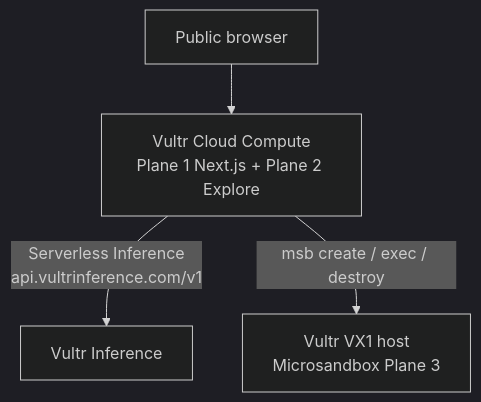
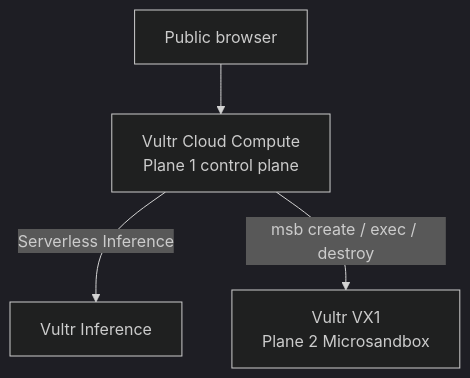
One commit to ludvigodin/killhub changed the fourth of 4 diagrams in ARCHITECTURE.md. Above: the diagram before and after it, drawn with Mermaid (dark theme). The commit also changed other lines of this file and 10 other files, not shown here.

````diff
--- a/ARCHITECTURE.md
+++ b/ARCHITECTURE.md
@@ -382,6 +295,6 @@
 ```mermaid
 flowchart TB
-  User["Public browser"] --> CP["Vultr Cloud Compute<br/>Plane 1 Next.js + Plane 2 Explore"]
-  CP -->|"Serverless Inference<br/>api.vultrinference.com/v1"| Inf["Vultr Inference"]
-  CP -->|"msb create / exec / destroy"| VX1["Vultr VX1 host<br/>Microsandbox Plane 3"]
+  User["Public browser"] --> CP["Vultr Cloud Compute<br/>Plane 1 control plane"]
+  CP -->|"Serverless Inference"| Inf["Vultr Inference"]
+  CP -->|"msb create / exec / destroy"| VX1["Vultr VX1<br/>Plane 2 Microsandbox"]
 ```
````
